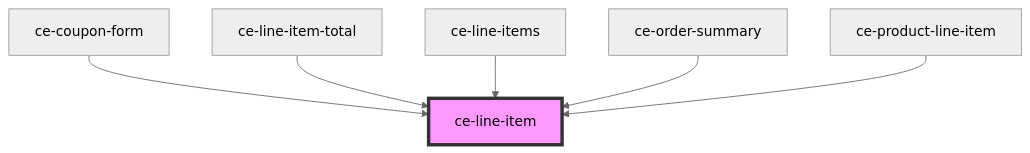
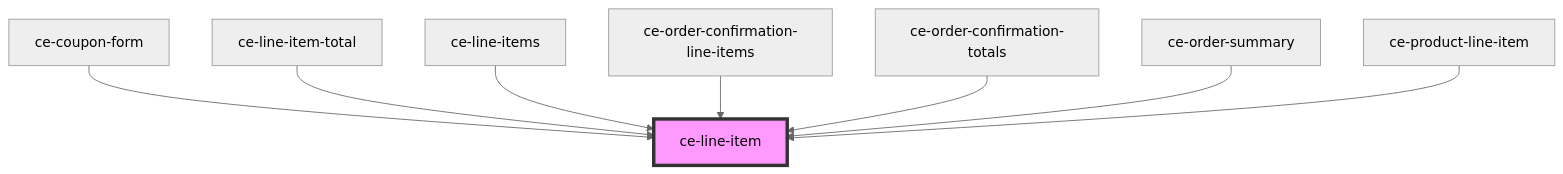
The diagram in packages/components/src/components/ui/line-item/readme.md (surecart/surecart-wp-plugin), drawn with Mermaid (neutral theme) before and after one commit. The commit also changed other lines of this file and 56 other files, not shown here.

````diff
--- a/packages/components/src/components/ui/line-item/readme.md
+++ b/packages/components/src/components/ui/line-item/readme.md
@@ -49,9 +51,11 @@
 ```mermaid
 graph TD;
   ce-coupon-form --> ce-line-item
   ce-line-item-total --> ce-line-item
   ce-line-items --> ce-line-item
+  ce-order-confirmation-line-items --> ce-line-item
+  ce-order-confirmation-totals --> ce-line-item
   ce-order-summary --> ce-line-item
   ce-product-line-item --> ce-line-item
   style ce-line-item fill:#f9f,stroke:#333,stroke-width:4px
 ```
````
